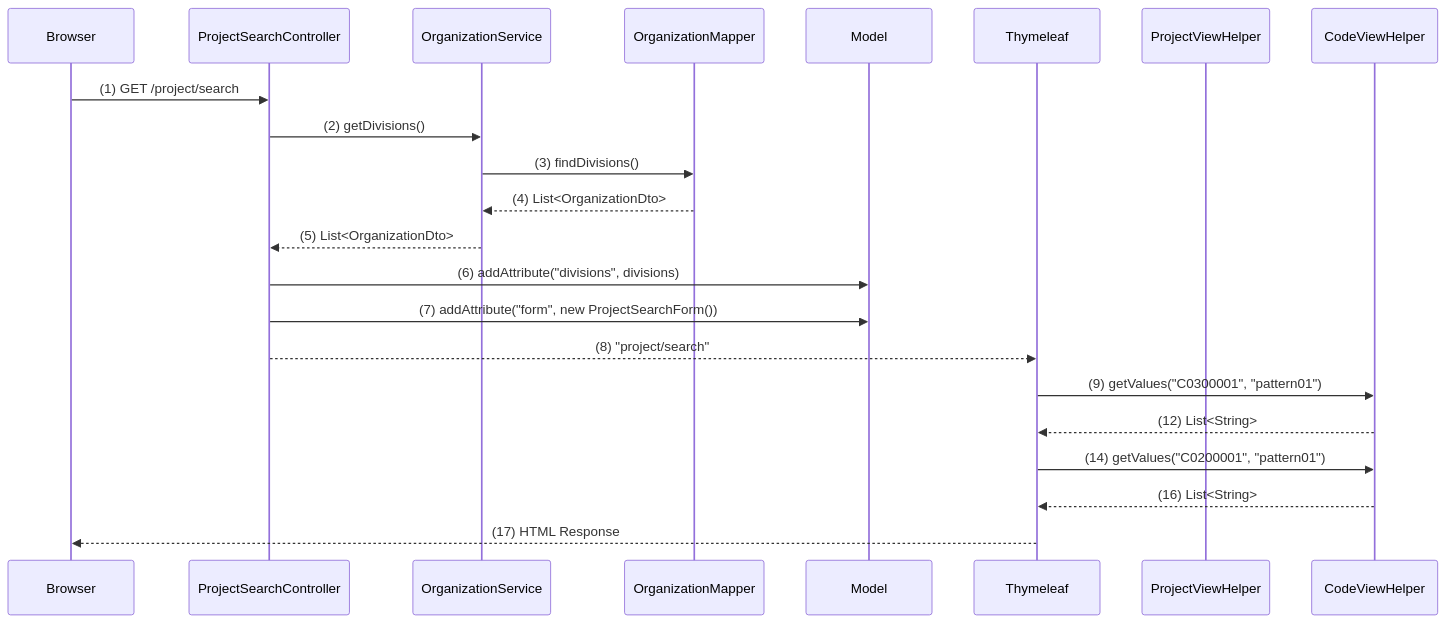
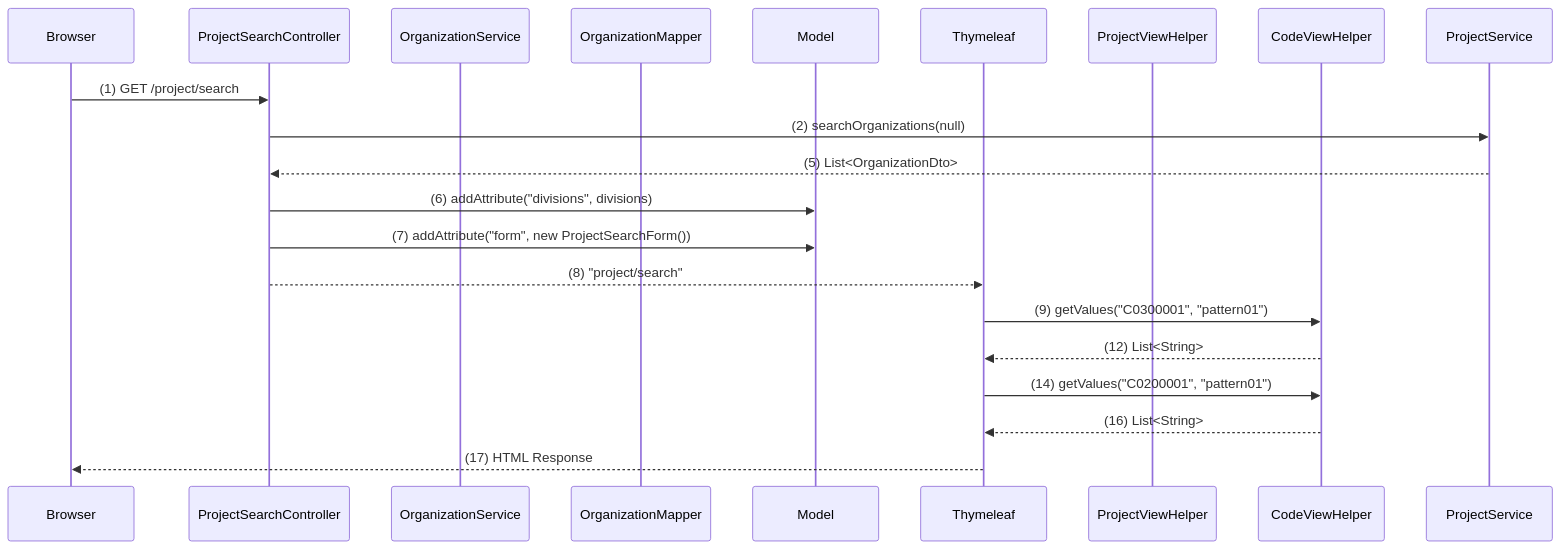
One commit to nagaoka-aya/rta-with-ai-2 changed the third of 5 diagrams in web/docs/plan/プロジェクト照会実装計画.md. Above: the diagram before and after it, drawn with Mermaid. The commit also changed other lines of this file and 3 other files, not shown here.

````diff
--- a/web/docs/plan/プロジェクト照会実装計画.md
+++ b/web/docs/plan/プロジェクト照会実装計画.md
@@ -167,37 +164,35 @@
 ```mermaid
 sequenceDiagram
     participant Browser
     participant ProjectSearchController
     participant OrganizationService
     participant OrganizationMapper
     participant Model
     participant Thymeleaf
     participant ProjectViewHelper
     participant CodeViewHelper
 
     %% ① 初期表示リクエスト
     Browser ->> ProjectSearchController: (1) GET /project/search
     
     %% ② 事業部一覧取得
-    ProjectSearchController ->> OrganizationService: (2) getDivisions()
-    OrganizationService ->> OrganizationMapper: (3) findDivisions()
-    OrganizationMapper -->> OrganizationService: (4) List<OrganizationDto>
-    OrganizationService -->> ProjectSearchController: (5) List<OrganizationDto>
+    ProjectSearchController ->> ProjectService: (2) searchOrganizations(null)
+    ProjectService -->> ProjectSearchController: (5) List<OrganizationDto>
     
     %% ③ モデルに設定
     ProjectSearchController ->> Model: (6) addAttribute("divisions", divisions)
     ProjectSearchController ->> Model: (7) addAttribute("form", new ProjectSearchForm())
     
     %% ④ テンプレート指定
     ProjectSearchController -->> Thymeleaf: (8) "project/search"
     
     %% ⑤ HTMLレンダリング時にViewHelper参照
     Thymeleaf ->> CodeViewHelper: (9) getValues("C0300001", "pattern01")
     CodeViewHelper -->> Thymeleaf: (12) List<String>
     
     Thymeleaf ->> CodeViewHelper: (14) getValues("C0200001", "pattern01")
     CodeViewHelper -->> Thymeleaf: (16) List<String>
     
     %% ⑥ HTML生成・レスポンス
     Thymeleaf -->> Browser: (17) HTML Response
 ```
````
